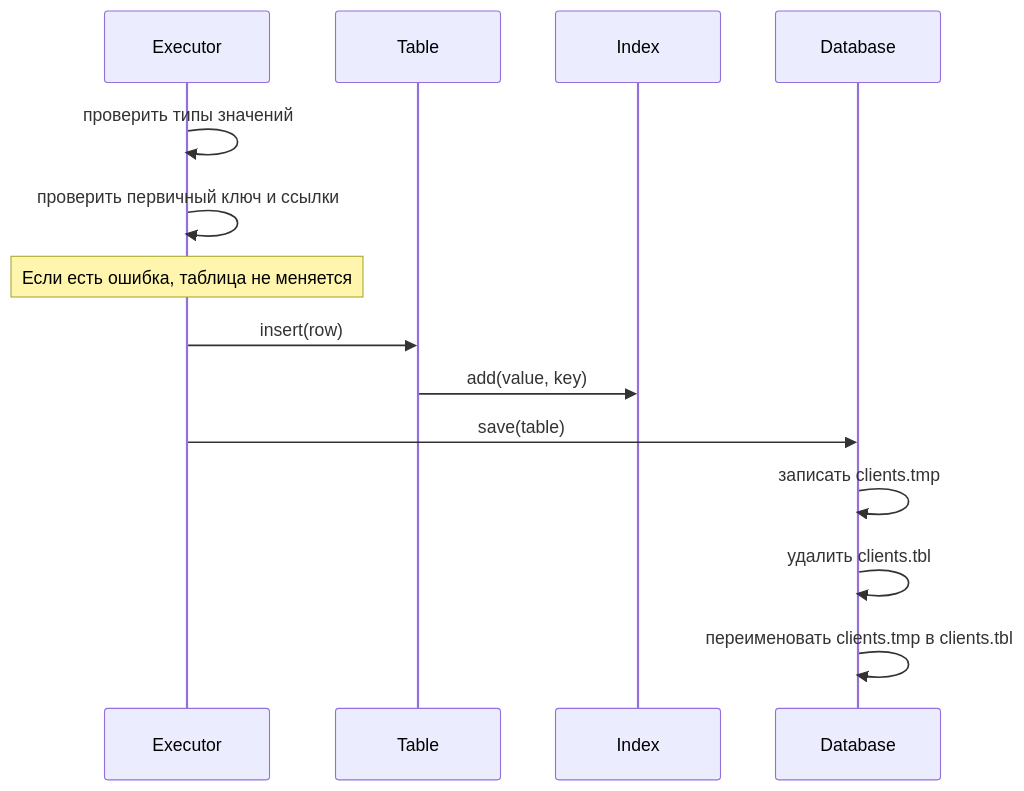
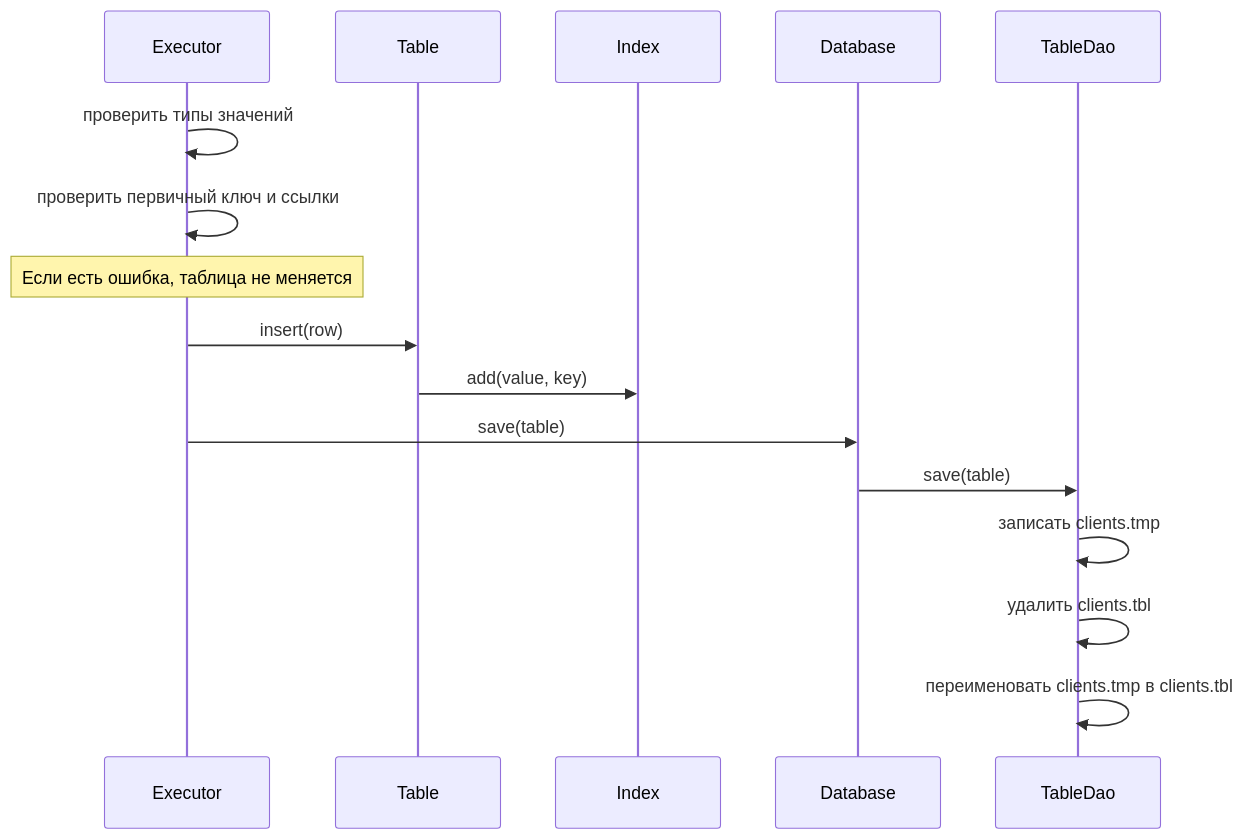
The fourth of 4 diagrams in readme.md (sergei0908/Java2), drawn with Mermaid before and after one commit. The commit also changed other lines of this file and 8 other files, not shown here.

First line of the commit message:
Вынесена работа с файлами в TableDao, исправлены комментарии после запроса

````diff
--- a/readme.md
+++ b/readme.md
@@ -276,17 +287,19 @@
 ```mermaid
 sequenceDiagram
     participant E as Executor
     participant T as Table
     participant I as Index
     participant D as Database
+    participant F as TableDao
 
     E->>E: проверить типы значений
     E->>E: проверить первичный ключ и ссылки
     Note over E: Если есть ошибка, таблица не меняется
     E->>T: insert(row)
     T->>I: add(value, key)
     E->>D: save(table)
-    D->>D: записать clients.tmp
-    D->>D: удалить clients.tbl
-    D->>D: переименовать clients.tmp в clients.tbl
+    D->>F: save(table)
+    F->>F: записать clients.tmp
+    F->>F: удалить clients.tbl
+    F->>F: переименовать clients.tmp в clients.tbl
 ```
````
